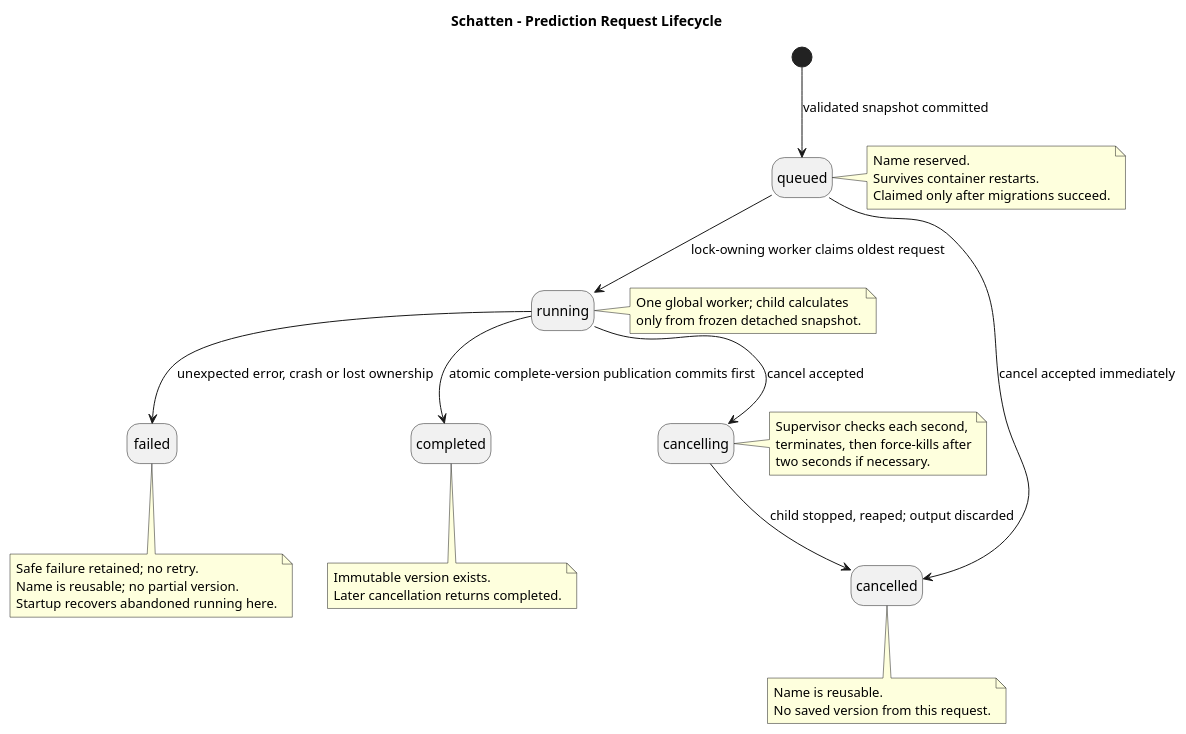
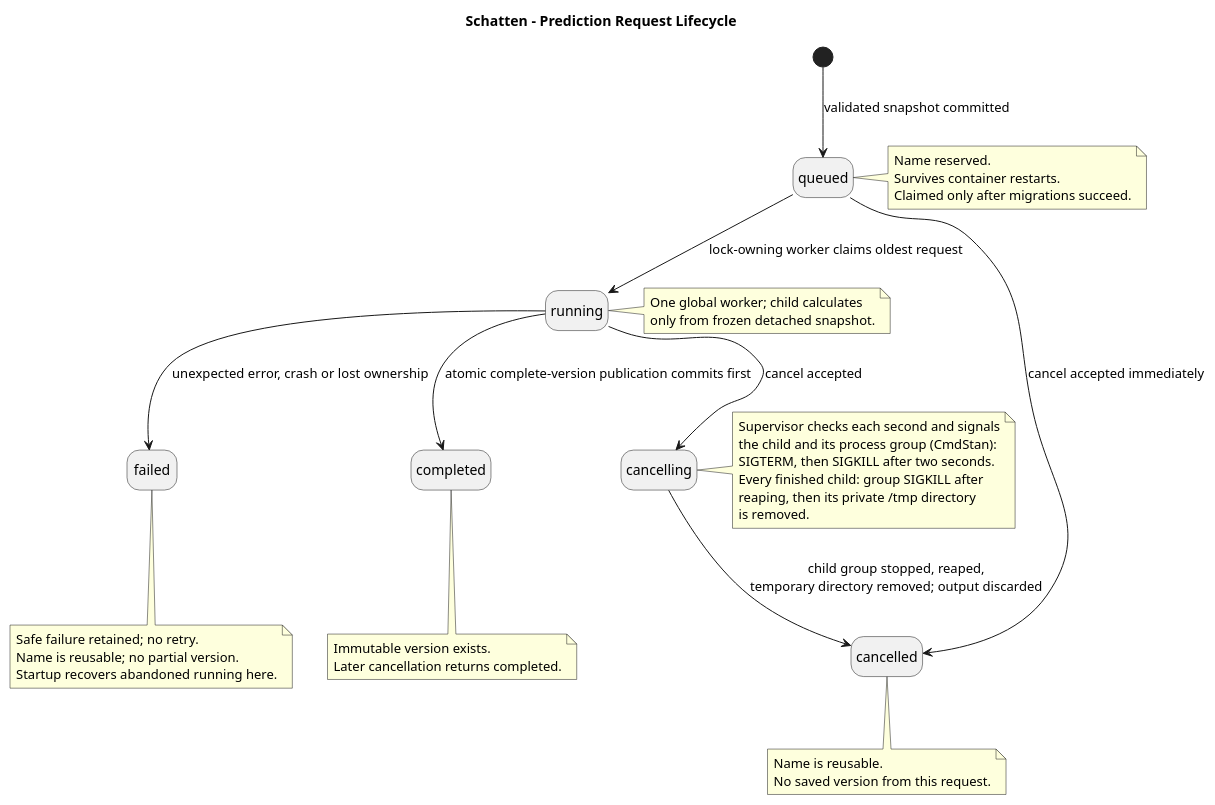
The diagram in docs/diagrams/state-forecasting-prediction-request.puml (lupaus-eu/shadow), drawn with PlantUML before and after one commit. The commit also changed 27 other files, not shown here.

```diff
--- a/docs/diagrams/state-forecasting-prediction-request.puml
+++ b/docs/diagrams/state-forecasting-prediction-request.puml
@@ -1,46 +1,49 @@
 @startuml
 title Schatten - Prediction Request Lifecycle
 
 hide empty description
 
 [*] --> queued : validated snapshot committed
 queued --> running : lock-owning worker claims oldest request
 queued --> cancelled : cancel accepted immediately
 running --> cancelling : cancel accepted
-cancelling --> cancelled : child stopped, reaped; output discarded
+cancelling --> cancelled : child group stopped, reaped,\ntemporary directory removed; output discarded
 running --> failed : unexpected error, crash or lost ownership
 running --> completed : atomic complete-version publication commits first
 
 note right of queued
   Name reserved.
   Survives container restarts.
   Claimed only after migrations succeed.
 end note
 
 note right of running
   One global worker; child calculates
   only from frozen detached snapshot.
 end note
 
 note right of cancelling
-  Supervisor checks each second,
-  terminates, then force-kills after
-  two seconds if necessary.
+  Supervisor checks each second and signals
+  the child and its process group (CmdStan):
+  SIGTERM, then SIGKILL after two seconds.
+  Every finished child: group SIGKILL after
+  reaping, then its private /tmp directory
+  is removed.
 end note
 
 note bottom of completed
   Immutable version exists.
   Later cancellation returns completed.
 end note
 
 note bottom of cancelled
   Name is reusable.
   No saved version from this request.
 end note
 
 note bottom of failed
   Safe failure retained; no retry.
   Name is reusable; no partial version.
   Startup recovers abandoned running here.
 end note
 @enduml
```
